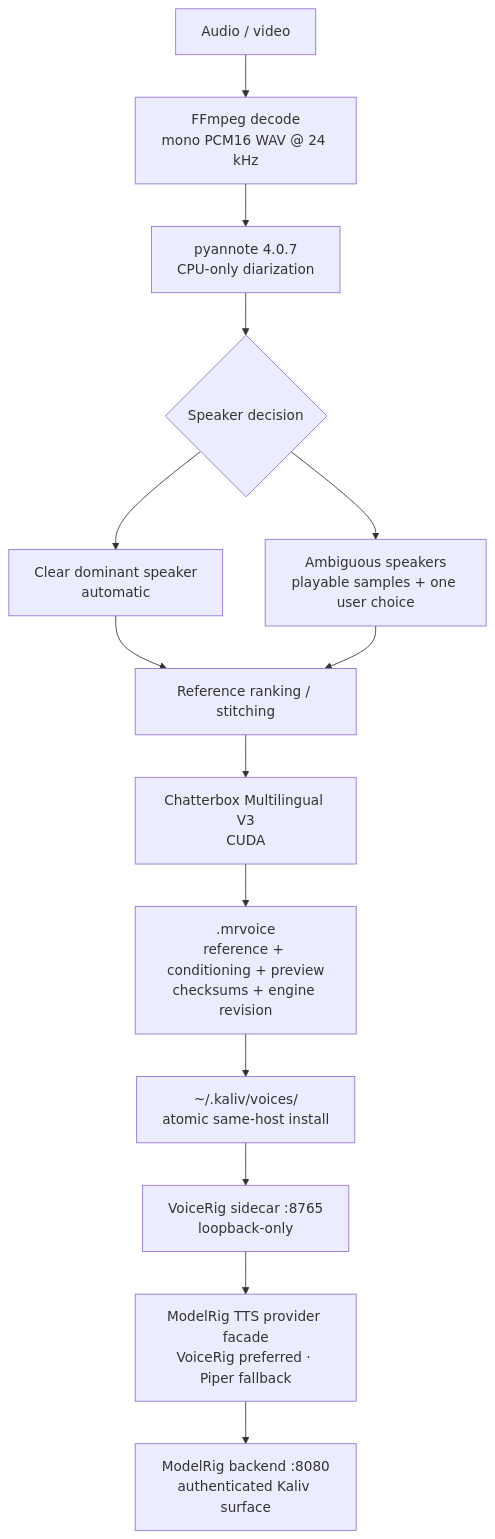
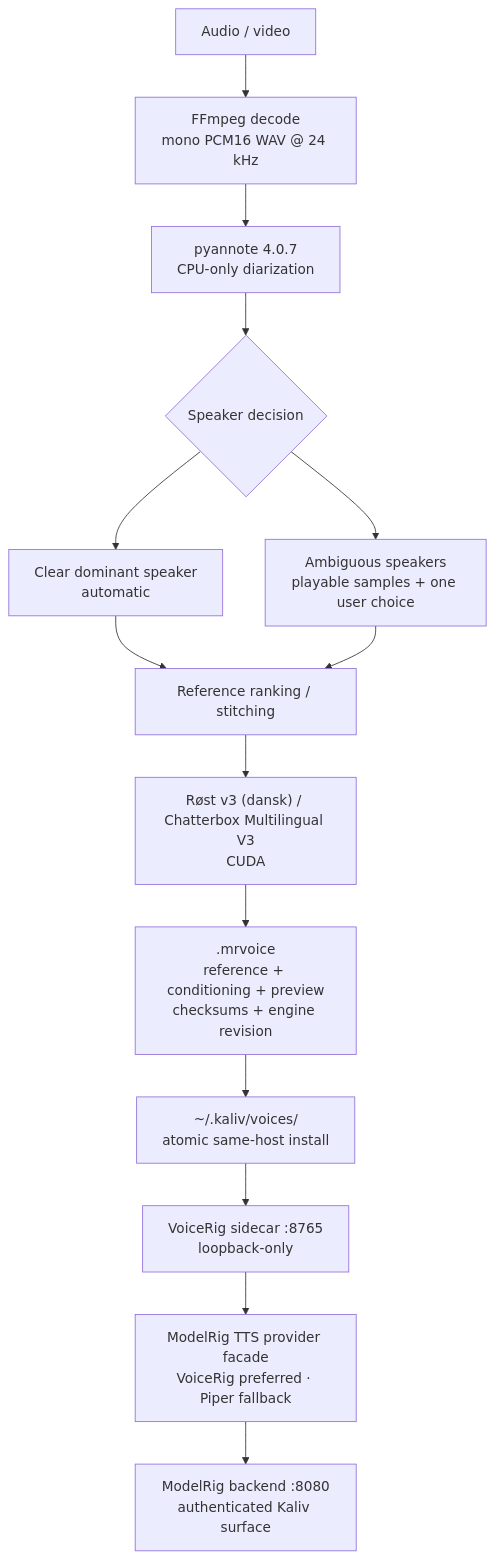
One commit to Ternedal/VoiceRig changed the first of 2 diagrams in docs/ARCHITECTURE.md. Above: the diagram before and after it, drawn with Mermaid. The commit also changed other lines of this file and 10 other files, not shown here.

````diff
--- a/docs/ARCHITECTURE.md
+++ b/docs/ARCHITECTURE.md
@@ -5,21 +5,21 @@
 ```mermaid
 flowchart TB
     SRC["Audio / video"]
     FF["FFmpeg decode\nmono PCM16 WAV @ 24 kHz"]
     PY["pyannote 4.0.7\nCPU-only diarization"]
     SPK{"Speaker decision"}
     AUTO["Clear dominant speaker\nautomatic"]
     PICK["Ambiguous speakers\nplayable samples + one user choice"]
     REF["Reference ranking / stitching"]
-    CB["Chatterbox Multilingual V3\nCUDA"]
+    CB["Røst v3 (dansk) / Chatterbox Multilingual V3\nCUDA"]
     PKG[".mrvoice\nreference + conditioning + preview\nchecksums + engine revision"]
     LIB["~/.kaliv/voices/\natomic same-host install"]
     SIDE["VoiceRig sidecar :8765\nloopback-only"]
     PROV["ModelRig TTS provider facade\nVoiceRig preferred · Piper fallback"]
     API["ModelRig backend :8080\nauthenticated Kaliv surface"]
 
     SRC --> FF --> PY --> SPK
     SPK --> AUTO --> REF
     SPK --> PICK --> REF
     REF --> CB --> PKG --> LIB --> SIDE --> PROV --> API
 ```
````
